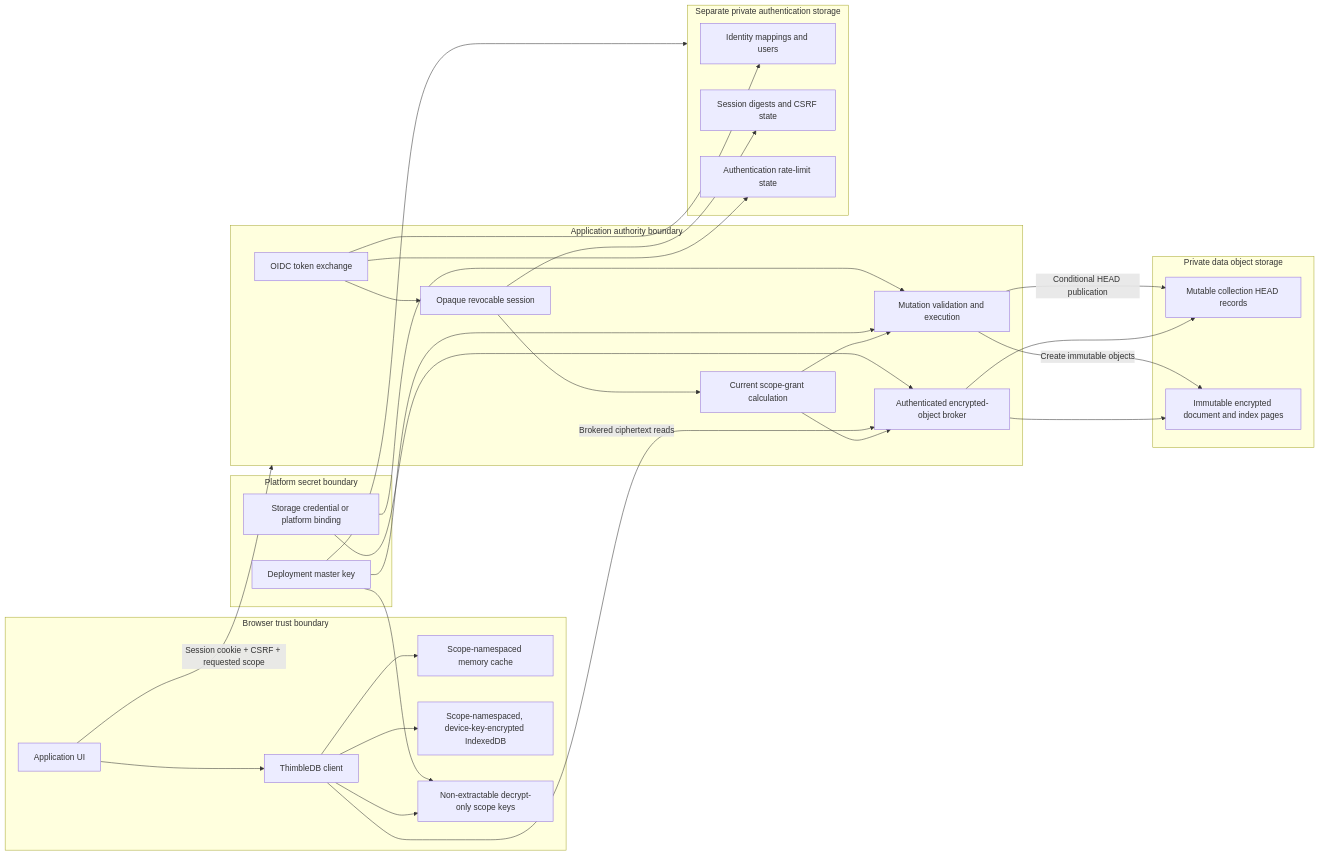
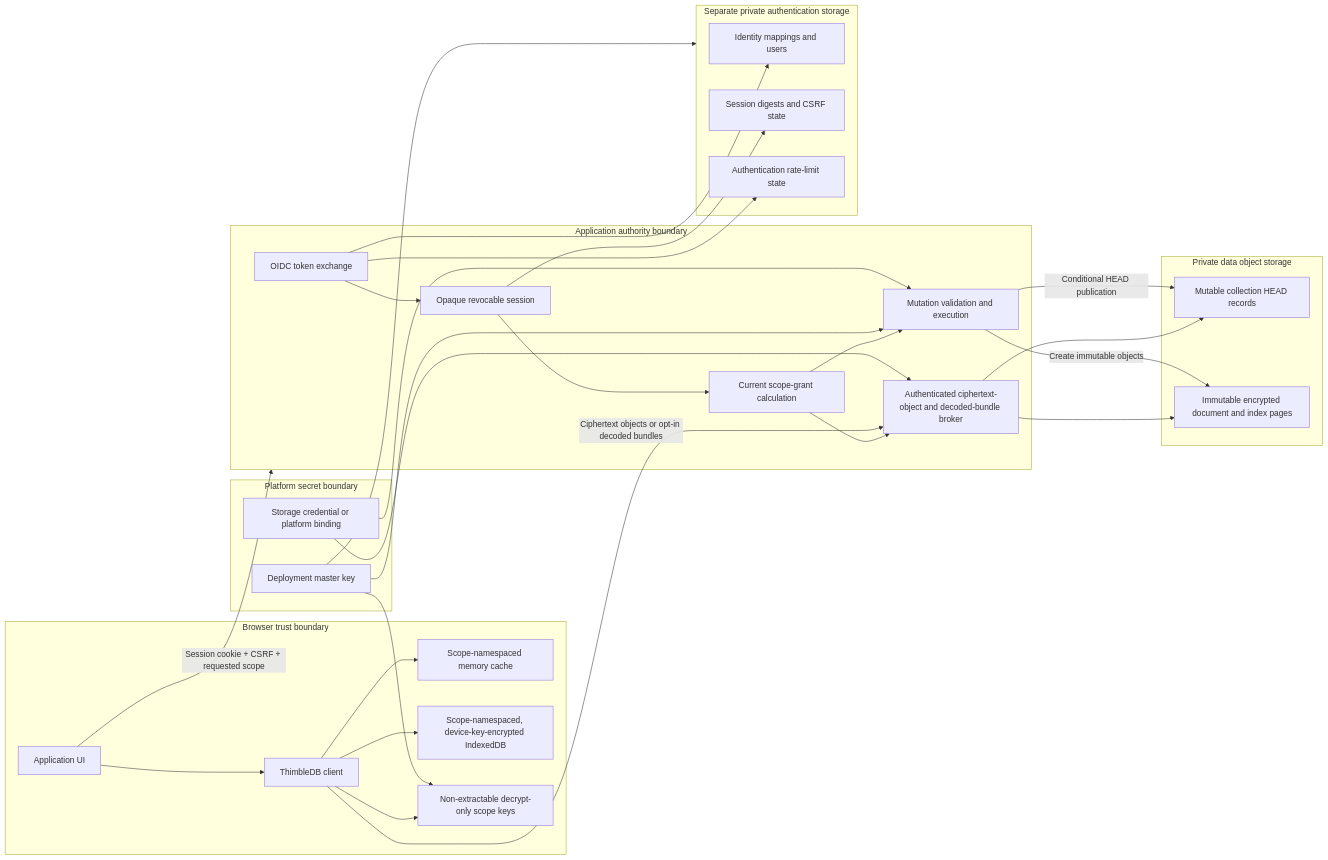
Before and after one commit to Jason-Doyle/thimble: the first of 15 diagrams in docs/DIAGRAMS.md, drawn with Mermaid. The commit also changed 32 other files, not shown here.

````diff
--- a/docs/DIAGRAMS.md
+++ b/docs/DIAGRAMS.md
@@ -8,59 +8,59 @@
 ```mermaid
 flowchart LR
   subgraph Browser["Browser trust boundary"]
     UI["Application UI"]
     Client["ThimbleDB client"]
     Memory["Scope-namespaced memory cache"]
     IDB["Scope-namespaced, device-key-encrypted IndexedDB"]
     ReadKeys["Non-extractable decrypt-only scope keys"]
 
     UI --> Client
     Client --> Memory
     Client --> IDB
     Client --> ReadKeys
   end
 
   subgraph Authority["Application authority boundary"]
     Exchange["OIDC token exchange"]
     Session["Opaque revocable session"]
     Authorizer["Current scope-grant calculation"]
-    Broker["Authenticated encrypted-object broker"]
+    Broker["Authenticated ciphertext-object and decoded-bundle broker"]
     Mutation["Mutation validation and execution"]
 
     Exchange --> Session
     Session --> Authorizer
     Authorizer --> Broker
     Authorizer --> Mutation
   end
 
   subgraph DataStore["Private data object storage"]
     Heads["Mutable collection HEAD records"]
     Pages["Immutable encrypted document and index pages"]
   end
 
   subgraph AuthStore["Separate private authentication storage"]
     Identities["Identity mappings and users"]
     Sessions["Session digests and CSRF state"]
     Limits["Authentication rate-limit state"]
   end
 
   subgraph Platform["Platform secret boundary"]
     Master["Deployment master key"]
     Provider["Storage credential or platform binding"]
   end
 
   UI -- "Session cookie + CSRF + requested scope" --> Authority
-  Client -- "Brokered ciphertext reads" --> Broker
+  Client -- "Ciphertext objects or opt-in decoded bundles" --> Broker
   Broker --> Heads
   Broker --> Pages
   Mutation -- "Create immutable objects" --> Pages
   Mutation -- "Conditional HEAD publication" --> Heads
   Exchange --> Identities
   Session --> Sessions
   Exchange --> Limits
   Master --> Mutation
   Master --> ReadKeys
   Master --> AuthStore
   Provider --> Broker
   Provider --> Mutation
 ```
````
